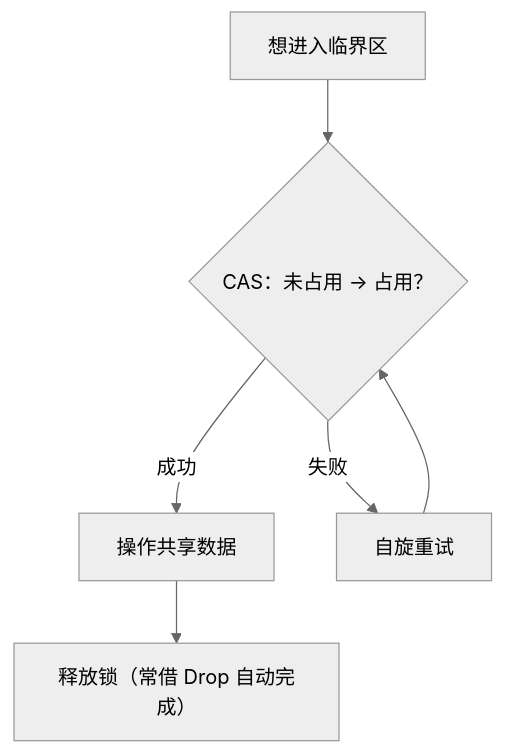
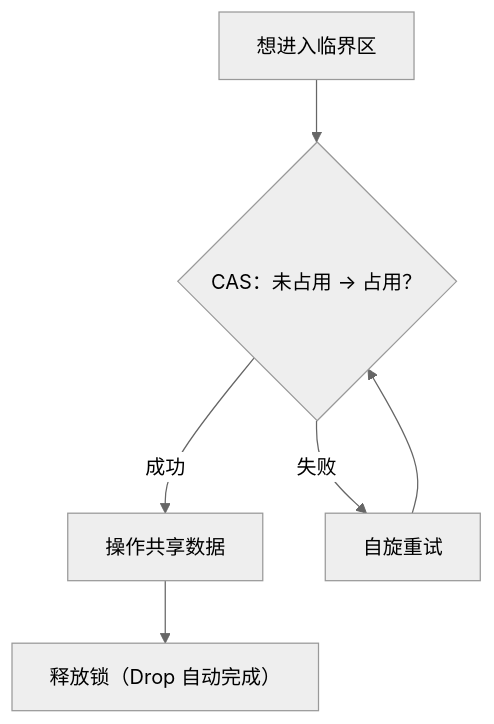
Before and after one commit to AM-SuSh/EVOLVE: the third of 4 diagrams in os-lab/labs/lab5-fs-and-sync.md, drawn with Mermaid (neutral theme). The commit also changed other lines of this file and 22 other files, not shown here.

````diff
--- a/os-lab/labs/lab5-fs-and-sync.md
+++ b/os-lab/labs/lab5-fs-and-sync.md
@@ -245,8 +407,8 @@
 ```mermaid
 flowchart TD
     S["想进入临界区"] --> T{"CAS：未占用 → 占用？"}
     T -->|成功| In["操作共享数据"]
     T -->|失败| Spin["自旋重试"]
     Spin --> T
-    In --> D["释放锁（常借 Drop 自动完成）"]
+    In --> D["释放锁（Drop 自动完成）"]
 ```
````
